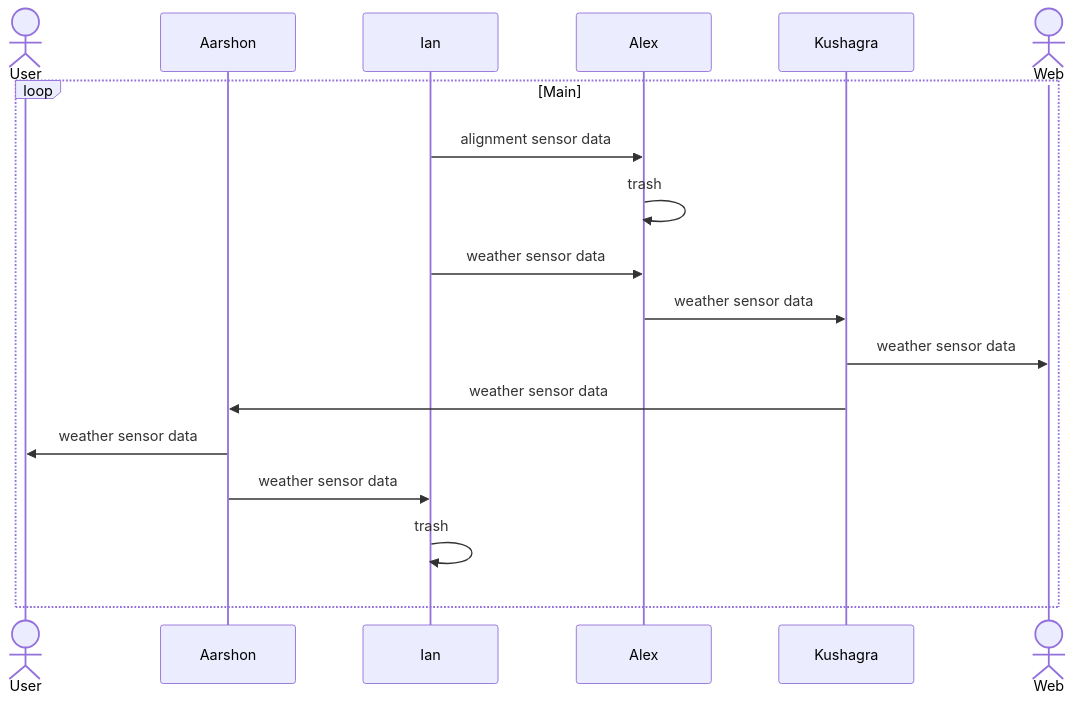
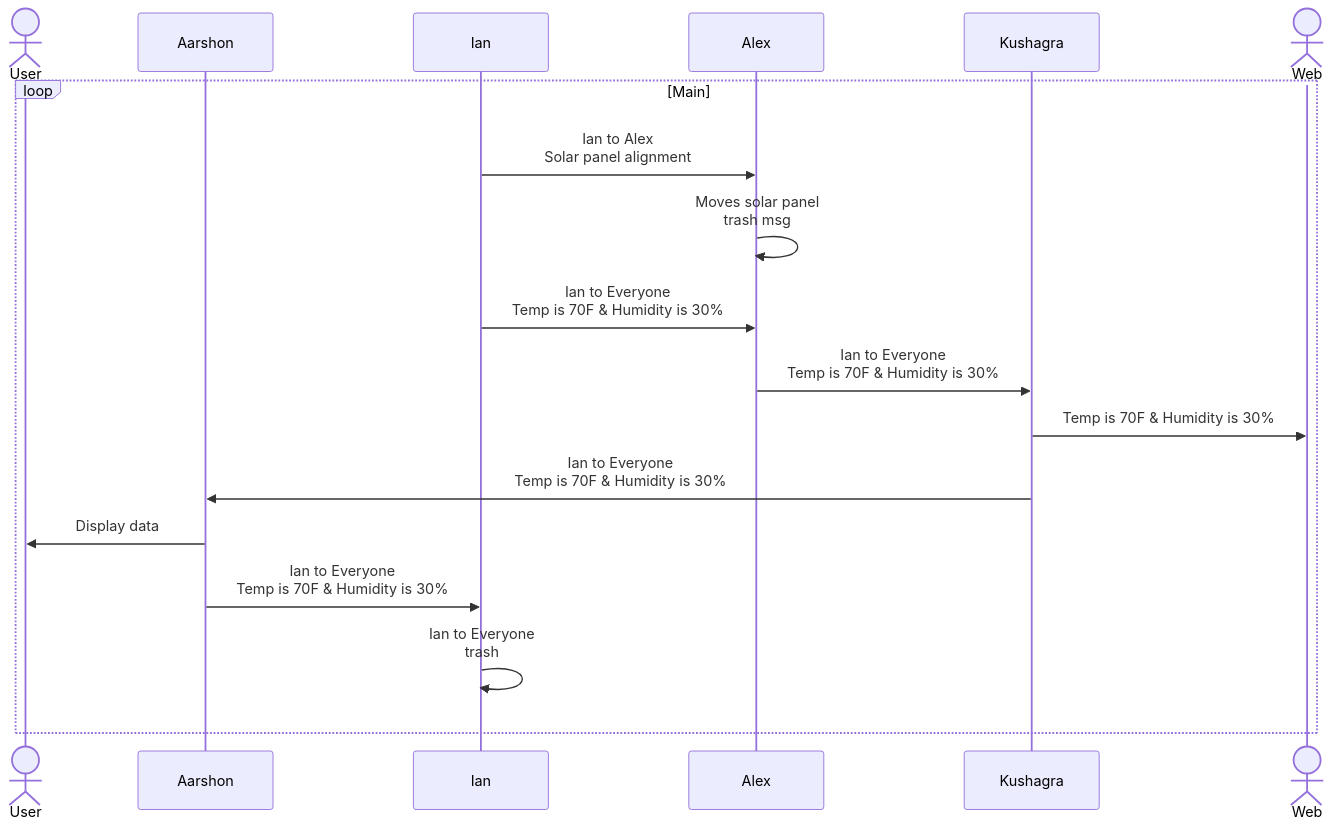
One commit to EGR314-2025-S-306/EGR314-Team306 changed the diagram in docs/block.md. Above: the diagram before and after it, drawn with Mermaid. The commit also changed other lines of this file, not shown here.

````diff
--- a/docs/block.md
+++ b/docs/block.md
@@ -11,20 +11,20 @@
 ``` mermaid
 sequenceDiagram
     actor u as User
     participant a as Aarshon
     participant i as Ian
     participant c as Alex
     participant k as Kushagra
     actor w as Web
     loop Main
-        i->>c: alignment sensor data
-        c->>c: trash
-        i->>c: weather sensor data
-        c->>k: weather sensor data
-        k->>w: weather sensor data
-        k->>a: weather sensor data
-        a->>u: weather sensor data
-        a->>i: weather sensor data
-        i->>i: trash
+        i->>c: Ian to Alex<br>Solar panel alignment
+        c->>c: Moves solar panel<br>trash msg
+        i->>c: Ian to Everyone<br>Temp is 70F & Humidity is 30%
+        c->>k: Ian to Everyone<br>Temp is 70F & Humidity is 30%
+        k->>w: Temp is 70F & Humidity is 30%
+        k->>a: Ian to Everyone<br>Temp is 70F & Humidity is 30%
+        a->>u: Display data
+        a->>i: Ian to Everyone<br>Temp is 70F & Humidity is 30%
+        i->>i: Ian to Everyone<br>trash
     end
 ```
````
